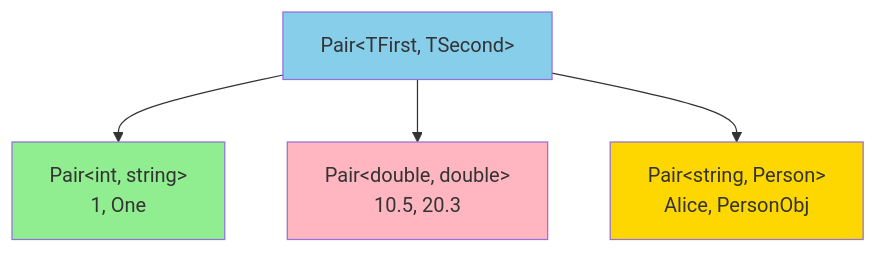
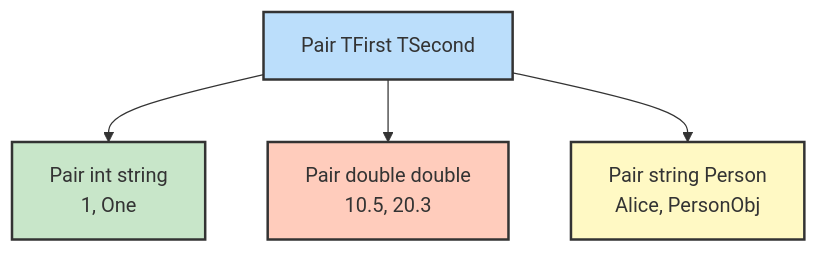
Before and after one commit to NguyenPhamCode4You/ai-home-lab-docker-compose: the third of 12 diagrams in C# fundamentals/day05-generics.md, drawn with Mermaid. The commit also changed other lines of this file and 10 other files, not shown here.

````diff
--- a/C# fundamentals/day05-generics.md
+++ b/C# fundamentals/day05-generics.md
@@ -263,11 +263,11 @@
 ```mermaid
 graph TB
-    A[Pair&lt;TFirst, TSecond&gt;] --> B[Pair&lt;int, string&gt;<br/>1, One]
-    A --> C[Pair&lt;double, double&gt;<br/>10.5, 20.3]
-    A --> D[Pair&lt;string, Person&gt;<br/>Alice, PersonObj]
+    A[Pair TFirst TSecond] --> B[Pair int string<br/>1, One]
+    A --> C[Pair double double<br/>10.5, 20.3]
+    A --> D[Pair string Person<br/>Alice, PersonObj]
 
-    style A fill:#87CEEB
-    style B fill:#90EE90
-    style C fill:#FFB6C1
-    style D fill:#FFD700
+    style A fill:#bbdefb,stroke:#333,stroke-width:2px
+    style B fill:#c8e6c9,stroke:#333,stroke-width:2px
+    style C fill:#ffccbc,stroke:#333,stroke-width:2px
+    style D fill:#fff9c4,stroke:#333,stroke-width:2px
 ```
````
